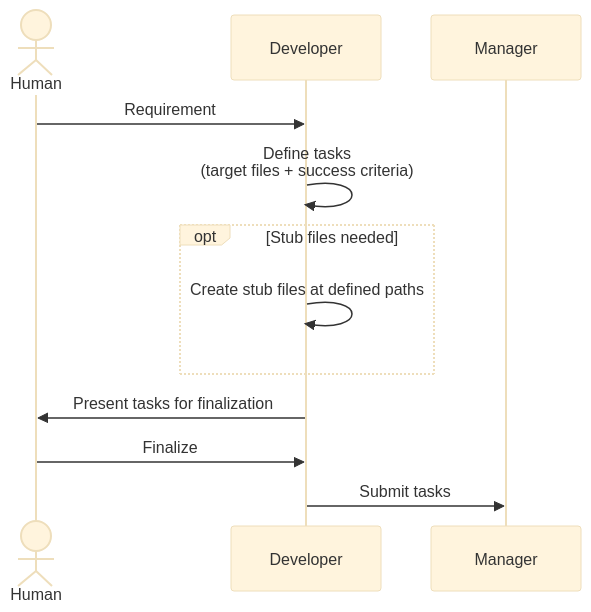
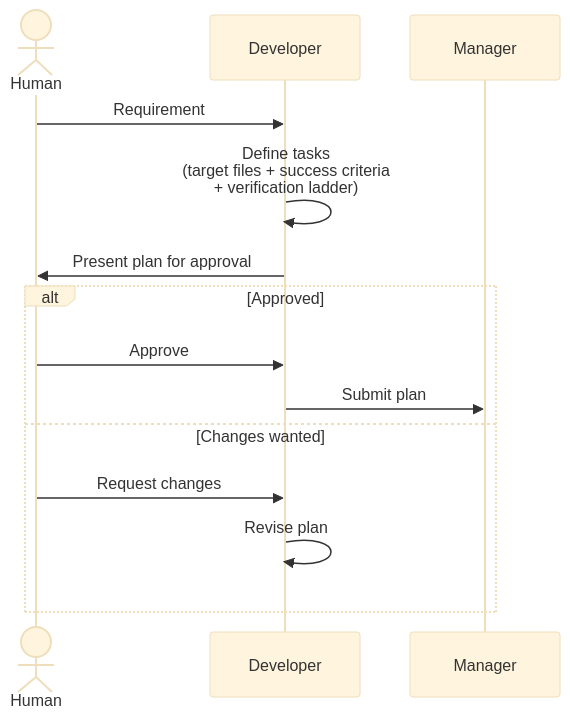
One commit to codekalakaars/vajra changed the first of 4 diagrams in docs/system-roles/README.md. Above: the diagram before and after it, drawn with Mermaid (base theme). The commit also changed other lines of this file and 30 other files, not shown here.

````diff
--- a/docs/system-roles/README.md
+++ b/docs/system-roles/README.md
@@ -66,15 +64,17 @@
 ```mermaid
 sequenceDiagram
     actor H as Human
     participant D as Developer
     participant M as Manager
 
     H->>D: Requirement
-    D->>D: Define tasks<br/>(target files + success criteria)
-    opt Stub files needed
-        D->>D: Create stub files at defined paths
+    D->>D: Define tasks<br/>(target files + success criteria<br/>+ verification ladder)
+    D->>H: Present plan for approval
+    alt Approved
+        H->>D: Approve
+        D->>M: Submit plan
+    else Changes wanted
+        H->>D: Request changes
+        D->>D: Revise plan
     end
-    D->>H: Present tasks for finalization
-    H->>D: Finalize
-    D->>M: Submit tasks
 ```
````
